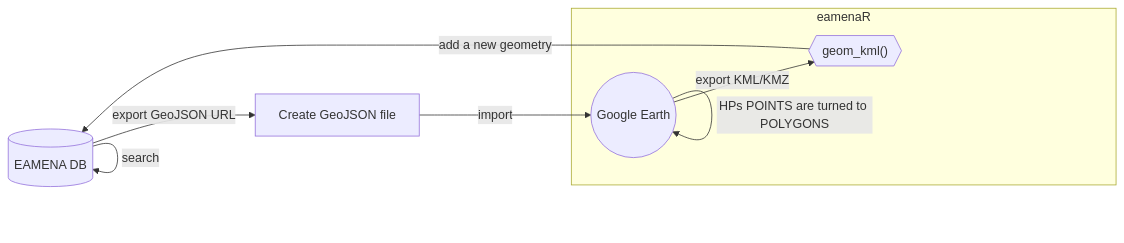
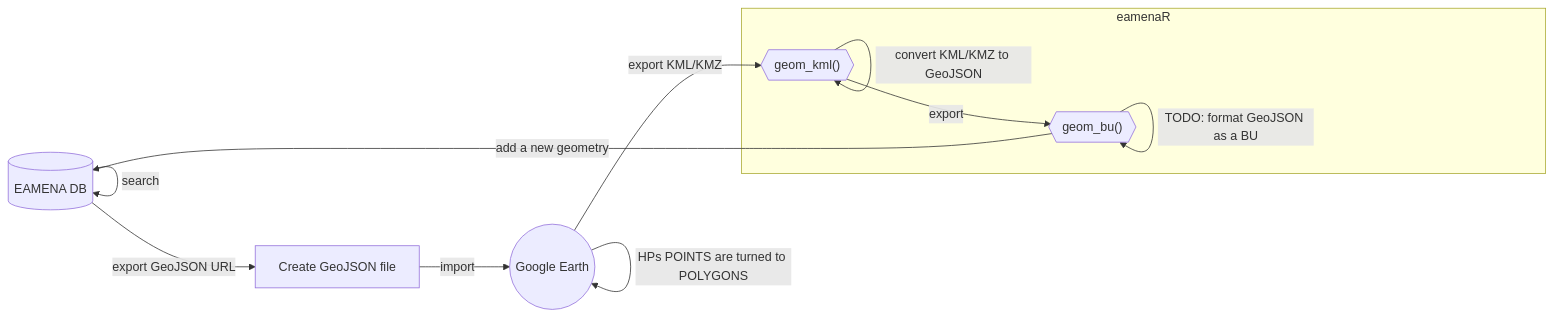
Before and after one commit to eamena-project/eamena-arches-dev: the diagram in data/kml/README.md, drawn with Mermaid.

Commit message:
geom_kml diagram

````diff
--- a/data/kml/README.md
+++ b/data/kml/README.md
@@ -3,11 +3,14 @@
 ```mermaid
 flowchart LR
     A[(EAMENA DB)] --search--> A;
     A --export GeoJSON URL--> B[Create GeoJSON file];
     B --import--> C((Google Earth));
     C --"HPs POINTS are turned to POLYGONS"--> C;
+    C --export KML/KMZ--> D{{"geom_kml()"}}; 
     subgraph eamenaR
-    C --export KML/KMZ--> D{{"geom_kml()"}}; 
+    D --"convert KML/KMZ to GeoJSON"--> D;
+    D --export--> E{{"geom_bu()"}};
+    E --"TODO: format GeoJSON as a BU"--> E
     end
-    D --add a new geometry--> A;
+    E --add a new geometry-->A;
 ```
````
